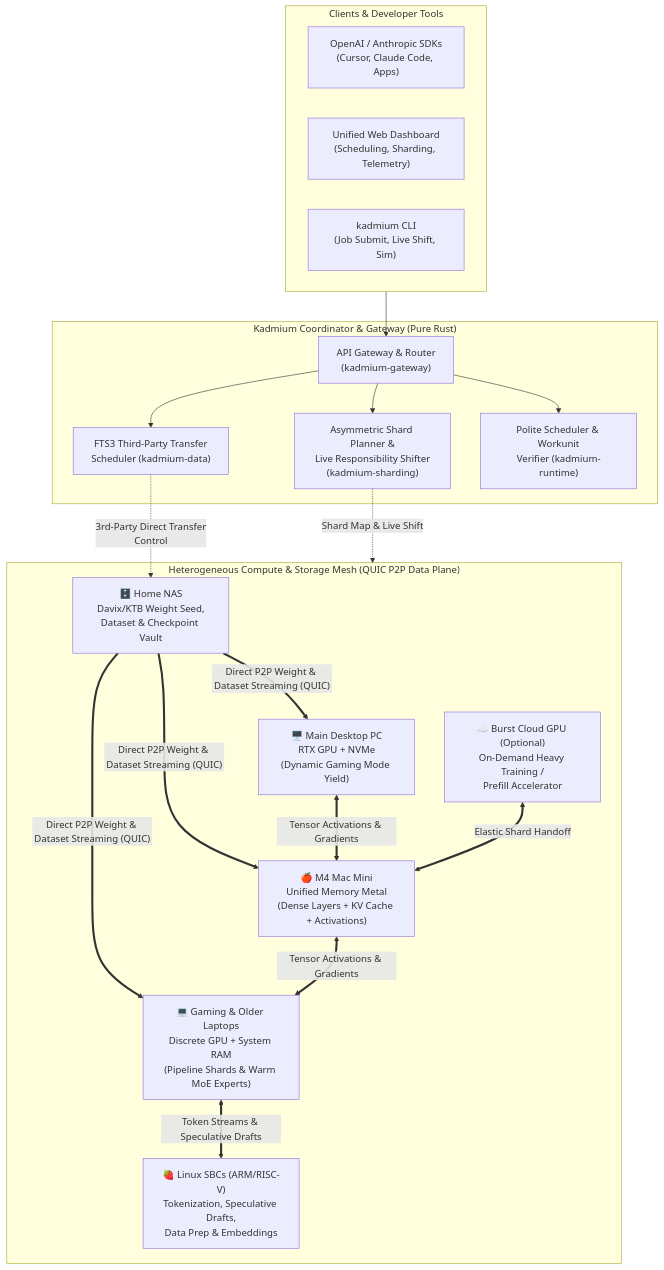
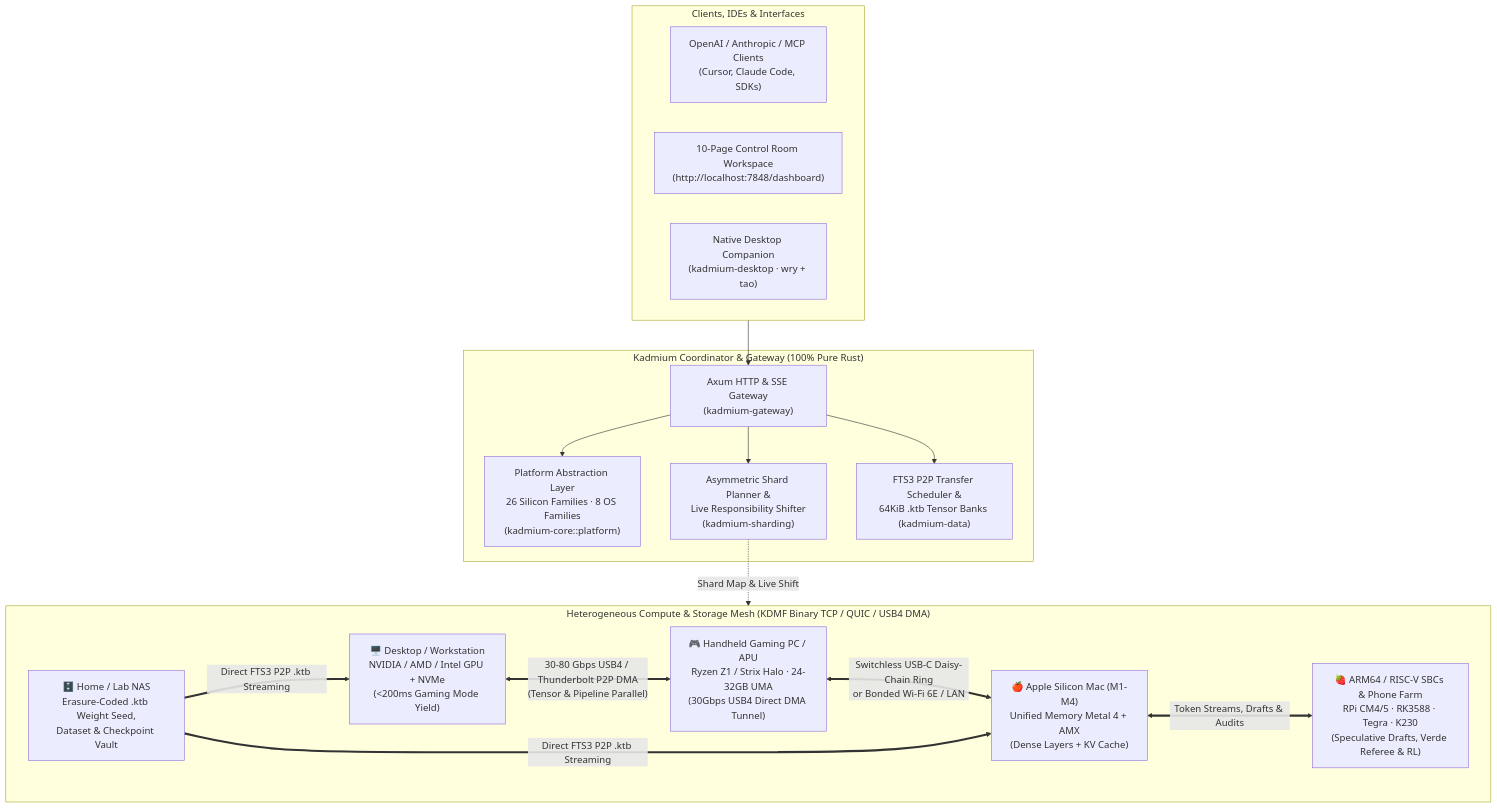
Before and after one commit to mESmaC/Kadmium: the diagram in readme.md, drawn with Mermaid. The commit also changed other lines of this file and 11 other files, not shown here.

Commit message:
feat(platform,network): generalize silicon/OS platform layer, add USB-C/USB4 30-80Gbps direct interconnect, and update README

````diff
--- a/readme.md
+++ b/readme.md
@@ -98,39 +123,35 @@
 ```mermaid
 flowchart TB
-    subgraph Clients["Clients & Developer Tools"]
-        API["OpenAI / Anthropic SDKs\n(Cursor, Claude Code, Apps)"]
-        Dashboard["Unified Web Dashboard\n(Scheduling, Sharding, Telemetry)"]
-        CLI["kadmium CLI\n(Job Submit, Live Shift, Sim)"]
+    subgraph Clients["Clients, IDEs & Interfaces"]
+        API["OpenAI / Anthropic / MCP Clients\n(Cursor, Claude Code, SDKs)"]
+        ControlRoom["10-Page Control Room Workspace\n(http://localhost:7848/dashboard)"]
+        Companion["Native Desktop Companion\n(kadmium-desktop · wry + tao)"]
     end
 
-    subgraph ControlPlane["Kadmium Coordinator & Gateway (Pure Rust)"]
-        Gateway["API Gateway & Router\n(kadmium-gateway)"]
+    subgraph ControlPlane["Kadmium Coordinator & Gateway (100% Pure Rust)"]
+        Gateway["Axum HTTP & SSE Gateway\n(kadmium-gateway)"]
+        PlatformLayer["Platform Abstraction Layer\n26 Silicon Families · 8 OS Families\n(kadmium-core::platform)"]
         ShardPlanner["Asymmetric Shard Planner &\nLive Responsibility Shifter\n(kadmium-sharding)"]
-        FTS["FTS3 Third-Party Transfer\nScheduler (kadmium-data)"]
-        BOINC["Polite Scheduler & Workunit\nVerifier (kadmium-runtime)"]
+        FTS["FTS3 P2P Transfer Scheduler &\n64KiB .ktb Tensor Banks (kadmium-data)"]
     end
 
-    subgraph Mesh["Heterogeneous Compute & Storage Mesh (QUIC P2P Data Plane)"]
-        MainPC["🖥️ Main Desktop PC\nRTX GPU + NVMe\n(Dynamic Gaming Mode Yield)"]
-        MacMini["🍎 M4 Mac Mini\nUnified Memory Metal\n(Dense Layers + KV Cache + Activations)"]
-        Laptops["💻 Gaming & Older Laptops\nDiscrete GPU + System RAM\n(Pipeline Shards & Warm MoE Experts)"]
-        SBCs["🍓 Linux SBCs (ARM/RISC-V)\nTokenization, Speculative Drafts,\nData Prep & Embeddings"]
-        NAS["🗄️ Home NAS\nDavix/KTB Weight Seed,\nDataset & Checkpoint Vault"]
-        CloudBurst["☁️ Burst Cloud GPU (Optional)\nOn-Demand Heavy Training /\nPrefill Accelerator"]
+    subgraph Mesh["Heterogeneous Compute & Storage Mesh (KDMF Binary TCP / QUIC / USB4 DMA)"]
+        MainPC["🖥️ Desktop / Workstation\nNVIDIA / AMD / Intel GPU + NVMe\n(<200ms Gaming Mode Yield)"]
+        Handheld["🎮 Handheld Gaming PC / APU\nRyzen Z1 / Strix Halo · 24-32GB UMA\n(30Gbps USB4 Direct DMA Tunnel)"]
+        MacMini["🍎 Apple Silicon Mac (M1-M4)\nUnified Memory Metal 4 + AMX\n(Dense Layers + KV Cache)"]
+        SBCs["🍓 ARM64 / RISC-V SBCs & Phone Farm\nRPi CM4/5 · RK3588 · Tegra · K230\n(Speculative Drafts, Verde Referee & RL)"]
+        NAS["🗄️ Home / Lab NAS\nErasure-Coded .ktb Weight Seed,\nDataset & Checkpoint Vault"]
     end
 
     Clients --> Gateway
+    Gateway --> PlatformLayer
     Gateway --> ShardPlanner
     Gateway --> FTS
-    Gateway --> BOINC
 
     ShardPlanner -. "Shard Map & Live Shift" .-> Mesh
-    FTS -. "3rd-Party Direct Transfer\nControl" .-> NAS
-    NAS == "Direct P2P Weight & Dataset Streaming (QUIC)" ==> MainPC
-    NAS == "Direct P2P Weight & Dataset Streaming (QUIC)" ==> MacMini
-    NAS == "Direct P2P Weight & Dataset Streaming (QUIC)" ==> Laptops
-    MainPC <== "Tensor Activations & Gradients" ==> MacMini
-    MacMini <== "Tensor Activations & Gradients" ==> Laptops
-    Laptops <== "Token Streams & Speculative Drafts" ==> SBCs
-    CloudBurst <== "Elastic Shard Handoff" ==> MacMini
+    MainPC <== "30-80 Gbps USB4 / Thunderbolt P2P DMA\n(Tensor & Pipeline Parallel)" ==> Handheld
+    Handheld <== "Switchless USB-C Daisy-Chain Ring\nor Bonded Wi-Fi 6E / LAN" ==> MacMini
+    NAS == "Direct FTS3 P2P .ktb Streaming" ==> MainPC
+    NAS == "Direct FTS3 P2P .ktb Streaming" ==> MacMini
+    MacMini <== "Token Streams, Drafts & Audits" ==> SBCs
 ```
````
